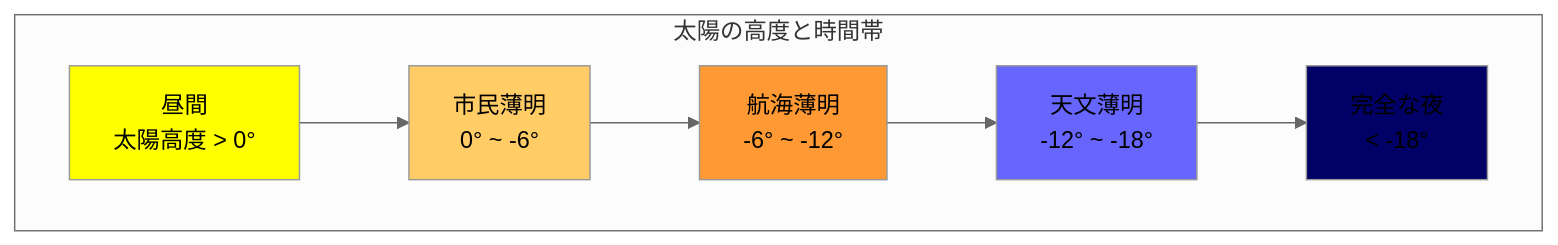
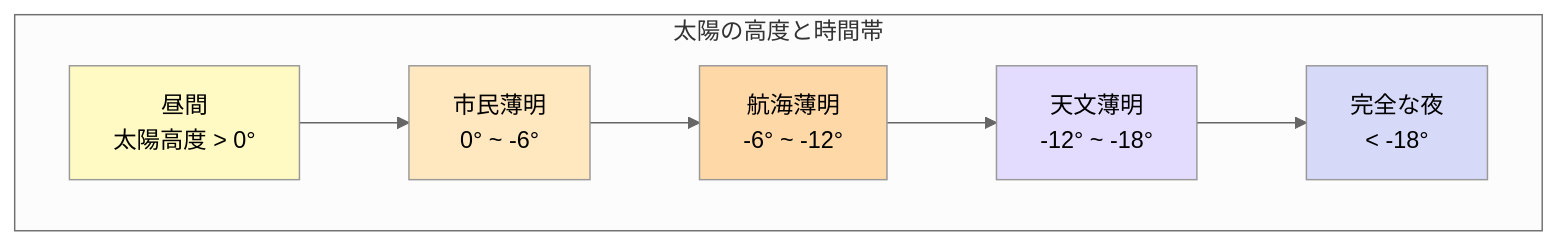
The third of 4 diagrams in documents/ASTRO_UTILS.md (Masakai/meteo), drawn with Mermaid (neutral theme) before and after one commit. The commit also changed other lines of this file and 8 other files, not shown here.

Commit message:
- Mermaidダイアグラム用スタイルのカラーパレットを調整   - セーフティカラーを温和なトーンへ変更   - Mermaidテーマ設定のドキュメントやスクリプトを更新 - WebRTC/Go2RTC関連のドキュメント強化   - `go2rtc` コンテナ仕様、図解を追加   - ダッシュボード埋め込み方式とストリーミング設定を反映   - 構築手順にポートや依存関係情報を補足

````diff
--- a/documents/ASTRO_UTILS.md
+++ b/documents/ASTRO_UTILS.md
@@ -212,21 +212,21 @@
 ```mermaid
 graph TD
     subgraph "太陽の高度と時間帯"
         Day["昼間<br/>太陽高度 > 0°"]
         Civil["市民薄明<br/>0° ~ -6°"]
         Nautical["航海薄明<br/>-6° ~ -12°"]
         Astro["天文薄明<br/>-12° ~ -18°"]
         Night["完全な夜<br/>< -18°"]
     end
 
     Day --> Civil
     Civil --> Nautical
     Nautical --> Astro
     Astro --> Night
 
-    style Day fill:#ffff00
-    style Civil fill:#ffcc66
-    style Nautical fill:#ff9933
-    style Astro fill:#6666ff
-    style Night fill:#000066
+    style Day fill:#fff9c4
+    style Civil fill:#ffe7bf
+    style Nautical fill:#ffd8a8
+    style Astro fill:#e3dcff
+    style Night fill:#d6d9f8
 ```
````
